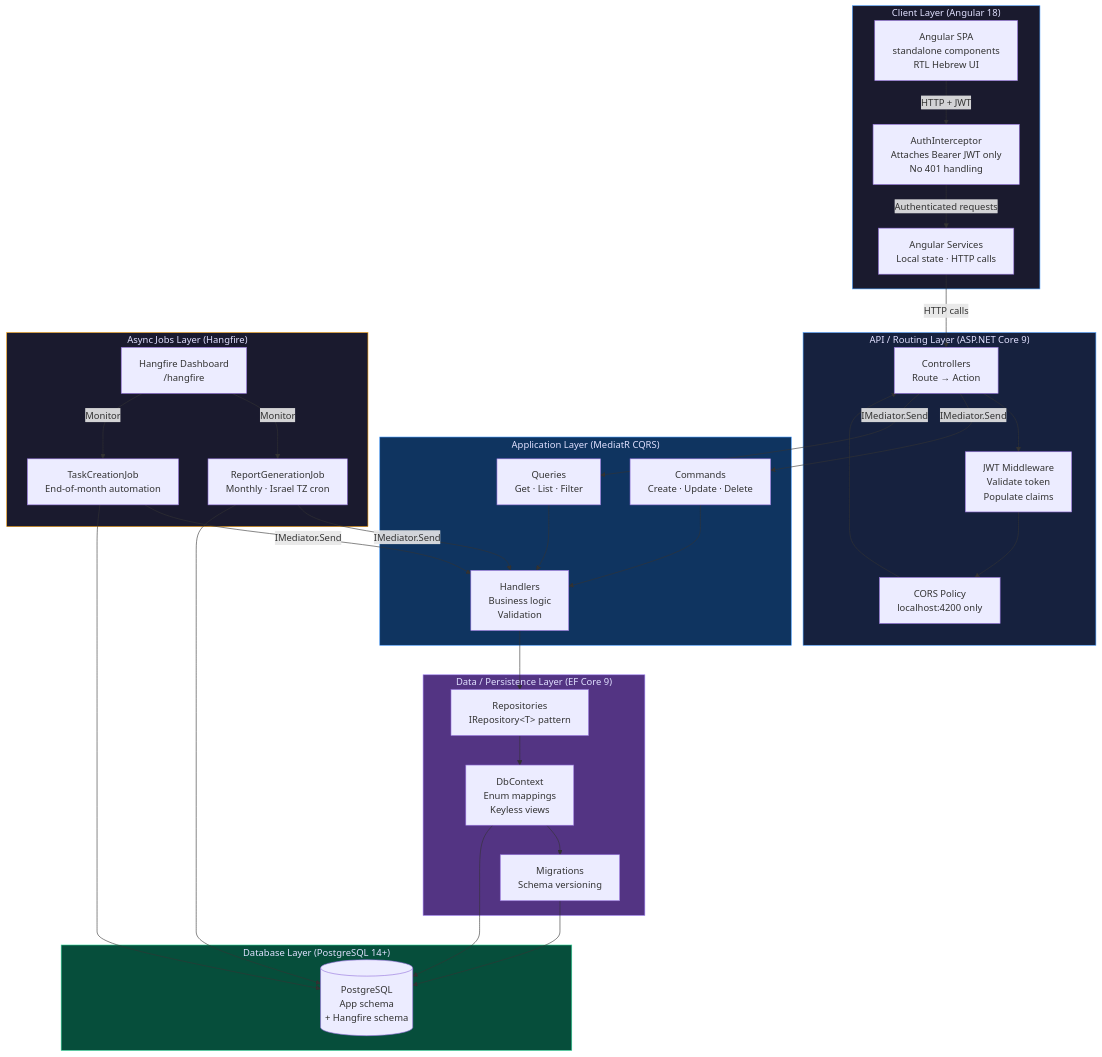
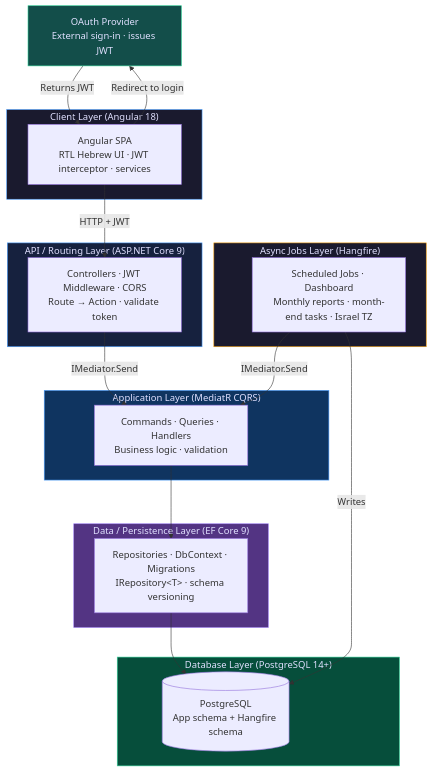
One commit to AccountingFirmApp/accounting-office-management changed the diagram in README.md. Above: the diagram before and after it, drawn with Mermaid.

Commit message:
Refactor architecture diagram in README

````diff
--- a/README.md
+++ b/README.md
@@ -53,66 +53,45 @@
 ```mermaid
 graph TD
+    OAuth[OAuth Provider\nExternal sign-in · issues JWT]
+
     subgraph Client["Client Layer (Angular 18)"]
-        A[Angular SPA\nstandalone components\nRTL Hebrew UI]
-        B[AuthInterceptor\nAttaches Bearer JWT only\nNo 401 handling]
-        C[Angular Services\nLocal state · HTTP calls]
+        A[Angular SPA\nRTL Hebrew UI · JWT interceptor · services]
     end
 
     subgraph API["API / Routing Layer (ASP.NET Core 9)"]
-        D[Controllers\nRoute → Action]
-        E[JWT Middleware\nValidate token\nPopulate claims]
-        F[CORS Policy\nlocalhost:4200 only]
+        B[Controllers · JWT Middleware · CORS\nRoute → Action · validate token]
     end
 
     subgraph AppLayer["Application Layer (MediatR CQRS)"]
-        G[Commands\nCreate · Update · Delete]
-        H[Queries\nGet · List · Filter]
-        I[Handlers\nBusiness logic\nValidation]
+        C[Commands · Queries · Handlers\nBusiness logic · validation]
     end
 
     subgraph Data["Data / Persistence Layer (EF Core 9)"]
-        J[Repositories\nIRepository&lt;T&gt; pattern]
-        K[DbContext\nEnum mappings\nKeyless views]
-        L[Migrations\nSchema versioning]
+        D[Repositories · DbContext · Migrations\nIRepository&lt;T&gt; · schema versioning]
     end
 
     subgraph Jobs["Async Jobs Layer (Hangfire)"]
-        M[ReportGenerationJob\nMonthly · Israel TZ cron]
-        N[TaskCreationJob\nEnd-of-month automation]
-        O[Hangfire Dashboard\n/hangfire]
+        E[Scheduled Jobs · Dashboard\nMonthly reports · month-end tasks · Israel TZ]
     end
 
     subgraph DB["Database Layer (PostgreSQL 14+)"]
-        P[(PostgreSQL\nApp schema\n+ Hangfire schema)]
+        P[(PostgreSQL\nApp schema + Hangfire schema)]
     end
 
+    A -->|Redirect to login| OAuth
+    OAuth -->|Returns JWT| A
     A -->|HTTP + JWT| B
-    B -->|Authenticated requests| C
-    C -->|HTTP calls| D
-    D --> E
-    E --> F
-    F --> D
-    D -->|IMediator.Send| G
-    D -->|IMediator.Send| H
-    G --> I
-    H --> I
-    I --> J
-    J --> K
-    K --> L
-    L --> P
-    K --> P
+    B -->|IMediator.Send| C
+    C --> D
+    D --> P
+    E -->|IMediator.Send| C
+    E -->|Writes| P
 
-    M -->|IMediator.Send| I
-    N -->|IMediator.Send| I
-    M --> P
-    N --> P
-    O -->|Monitor| M
-    O -->|Monitor| N
-
+    style OAuth fill:#134e4a,stroke:#34d399,color:#e0e0ff
     style Client fill:#1a1a2e,stroke:#4a9eff,color:#e0e0ff
     style API fill:#16213e,stroke:#4a9eff,color:#e0e0ff
     style AppLayer fill:#0f3460,stroke:#4a9eff,color:#e0e0ff
     style Data fill:#533483,stroke:#a78bfa,color:#e0e0ff
     style Jobs fill:#1a1a2e,stroke:#f59e0b,color:#e0e0ff
     style DB fill:#064e3b,stroke:#34d399,color:#e0e0ff
 ```
````
